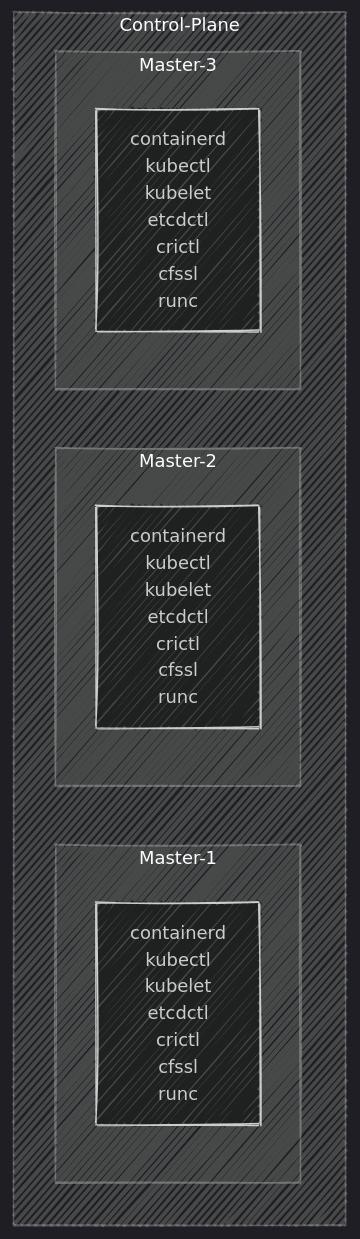
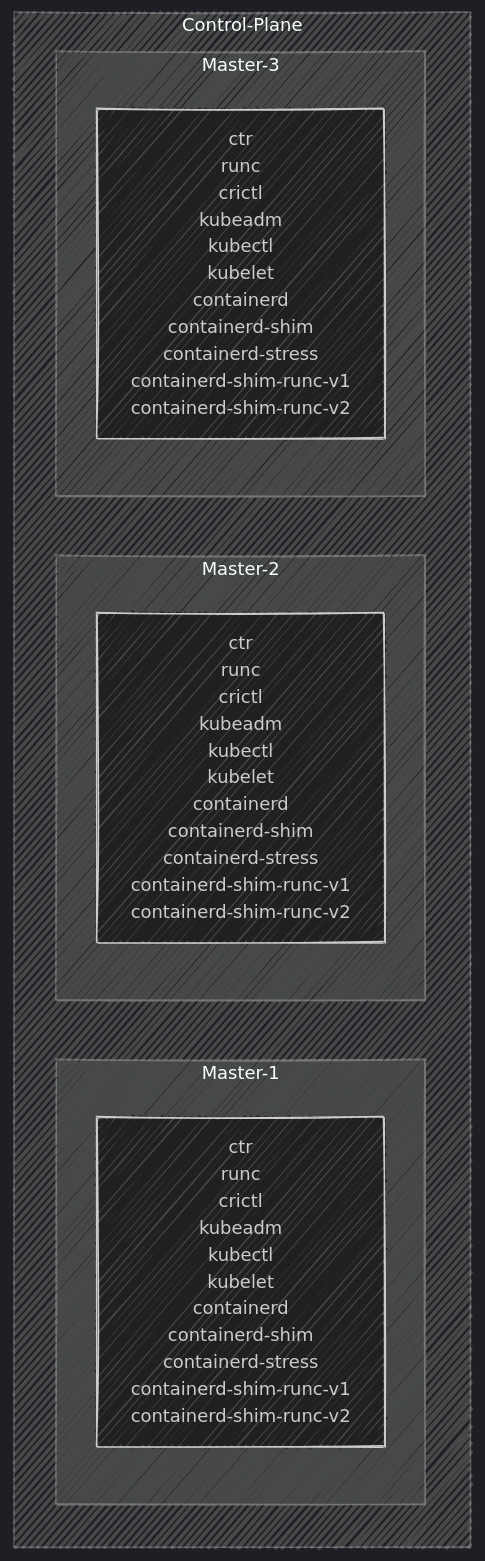
The diagram in documentation/docs/tech-docs/kubernetes/flowcharts/components.mdx (FR-Solution/in-cloud), drawn with Mermaid before and after one commit. The commit also changed 19 other files, not shown here.

````diff
--- a/documentation/docs/tech-docs/kubernetes/flowcharts/components.mdx
+++ b/documentation/docs/tech-docs/kubernetes/flowcharts/components.mdx
@@ -8,47 +8,59 @@
 ```mermaid
 ---
 config:
   look: handDrawn
   theme: dark  
 ---
 
 flowchart TD
 
   subgraph Control-Plane
    subgraph Master-1
       newLines["`
-         containerd
+         ctr
+         runc
+         crictl
+         kubeadm
          kubectl
          kubelet
-         etcdctl
-         crictl
-         cfssl
-         runc
+         containerd
+         containerd-shim
+         containerd-stress
+         containerd-shim-runc-v1
+         containerd-shim-runc-v2
       `"]
    end
    subgraph Master-2
       newLines2["`
-         containerd
+         ctr
+         runc
+         crictl
+         kubeadm
          kubectl
          kubelet
-         etcdctl
-         crictl
-         cfssl
-         runc
+         containerd
+         containerd-shim
+         containerd-stress
+         containerd-shim-runc-v1
+         containerd-shim-runc-v2
       `"]
    end
 
    subgraph Master-3
       newLines3["`
-         containerd
+         ctr
+         runc
+         crictl
+         kubeadm
          kubectl
          kubelet
-         etcdctl
-         crictl
-         cfssl
-         runc
+         containerd
+         containerd-shim
+         containerd-stress
+         containerd-shim-runc-v1
+         containerd-shim-runc-v2
       `"]
    end
   end
 
 ```
````
